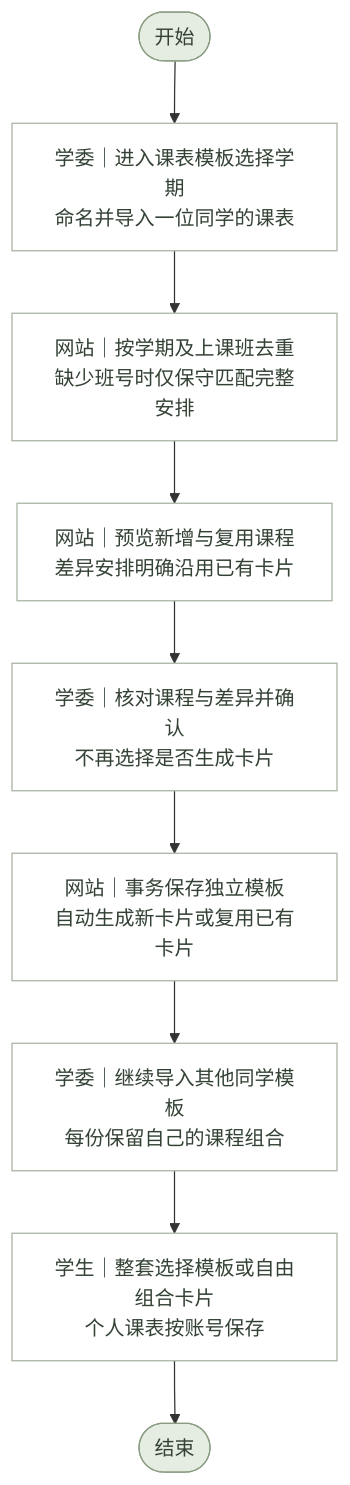
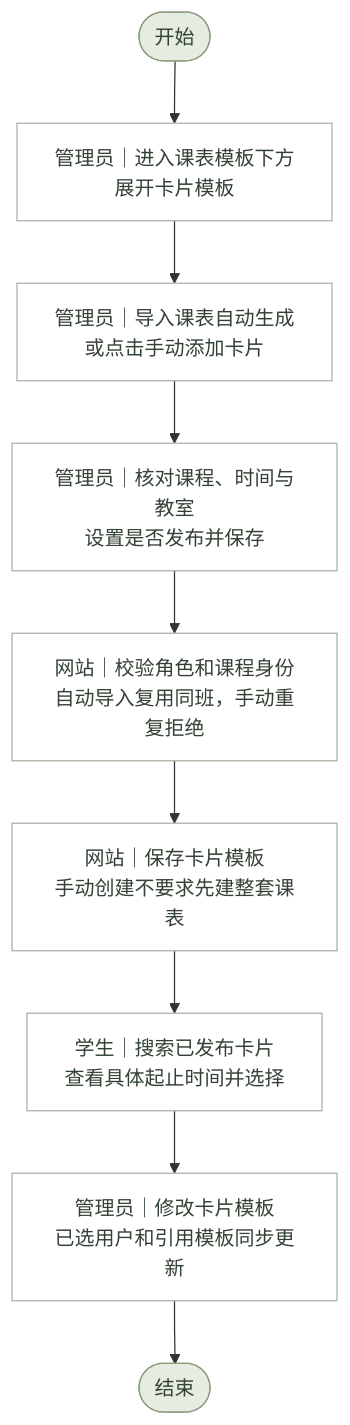
Before and after one commit to lichen-lc123/class-assistant: the diagram in 需求文档/课表功能/流程图源文件/业务流程图/管理员课程上传与卡片生成.mmd, drawn with Mermaid. The commit also changed 101 other files, not shown here.

```diff
--- a/需求文档/课表功能/流程图源文件/业务流程图/管理员课程上传与卡片生成.mmd
+++ b/需求文档/课表功能/流程图源文件/业务流程图/管理员课程上传与卡片生成.mmd
@@ -1,33 +1,33 @@
 %% 管理员课程上传与卡片生成 · 业务流程图 · V1.0 · 2026-11-02
 flowchart TD
     N0(["开始"])
-    N1["学委｜进入课表模板选择学期<br/>命名并导入一位同学的课表"]
-    N2["网站｜按学期及上课班去重<br/>缺少班号时仅保守匹配完整安排"]
-    N3["网站｜预览新增与复用课程<br/>差异安排明确沿用已有卡片"]
-    N4["学委｜核对课程与差异并确认<br/>不再选择是否生成卡片"]
-    N5["网站｜事务保存独立模板<br/>自动生成新卡片或复用已有卡片"]
-    N6["学委｜继续导入其他同学模板<br/>每份保留自己的课程组合"]
-    N7["学生｜整套选择模板或自由组合卡片<br/>个人课表按账号保存"]
+    N1["管理员｜进入课表模板下方<br/>展开卡片模板"]
+    N2["管理员｜导入课表自动生成<br/>或点击手动添加卡片"]
+    N3["管理员｜核对课程、时间与教室<br/>设置是否发布并保存"]
+    N4["网站｜校验角色和课程身份<br/>自动导入复用同班，手动重复拒绝"]
+    N5["网站｜保存卡片模板<br/>手动创建不要求先建整套课表"]
+    N6["学生｜搜索已发布卡片<br/>查看具体起止时间并选择"]
+    N7["管理员｜修改卡片模板<br/>已选用户和引用模板同步更新"]
     N8(["结束"])
     N0 --> N1
     N1 --> N2
     N2 --> N3
     N3 --> N4
     N4 --> N5
     N5 --> N6
     N6 --> N7
     N7 --> N8
     classDef normal fill:#FFFFFF,stroke:#A8B2A2,color:#344235;
     classDef decision fill:#F0ECE2,stroke:#A69B83,color:#344235;
     classDef terminal fill:#E5ECE2,stroke:#8A9D82,color:#344235;
     classDef exception fill:#F2EAE6,stroke:#B09B91,color:#344235;
     classDef database fill:#E7EDF0,stroke:#8A9CA6,color:#344235;
     class N0 terminal;
     class N1 normal;
     class N2 normal;
     class N3 normal;
     class N4 normal;
     class N5 normal;
     class N6 normal;
     class N7 normal;
     class N8 terminal;
```
